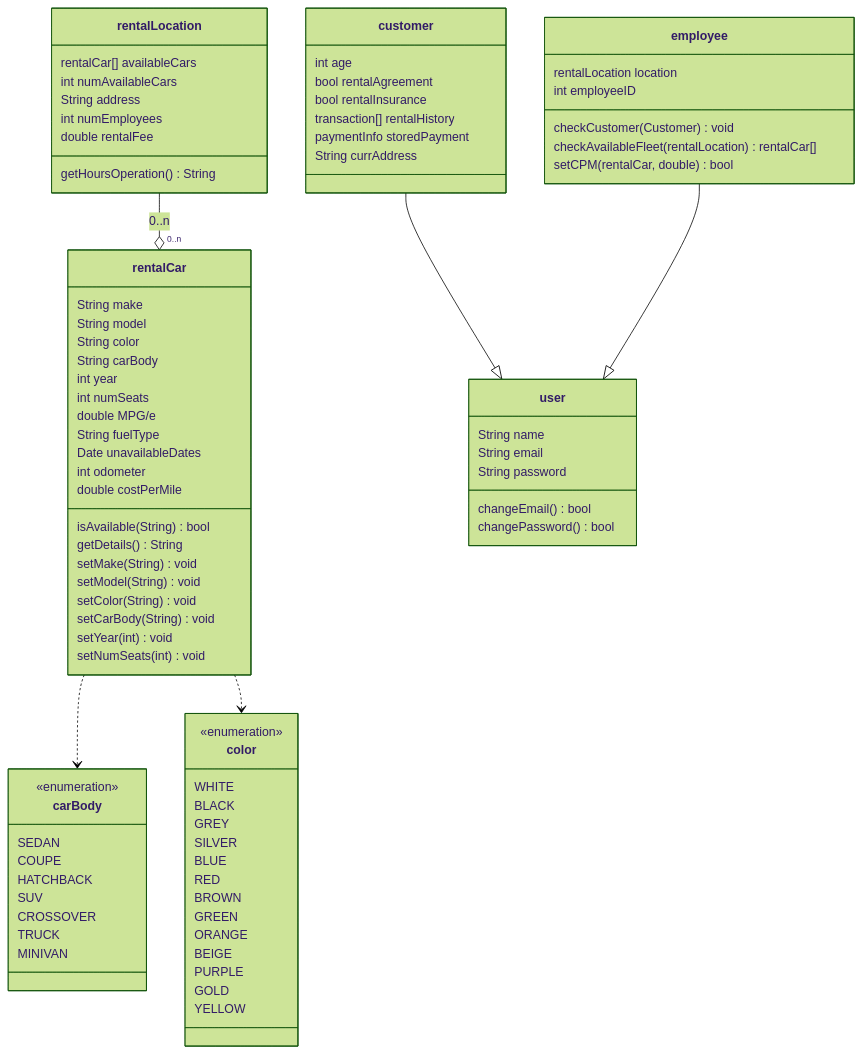
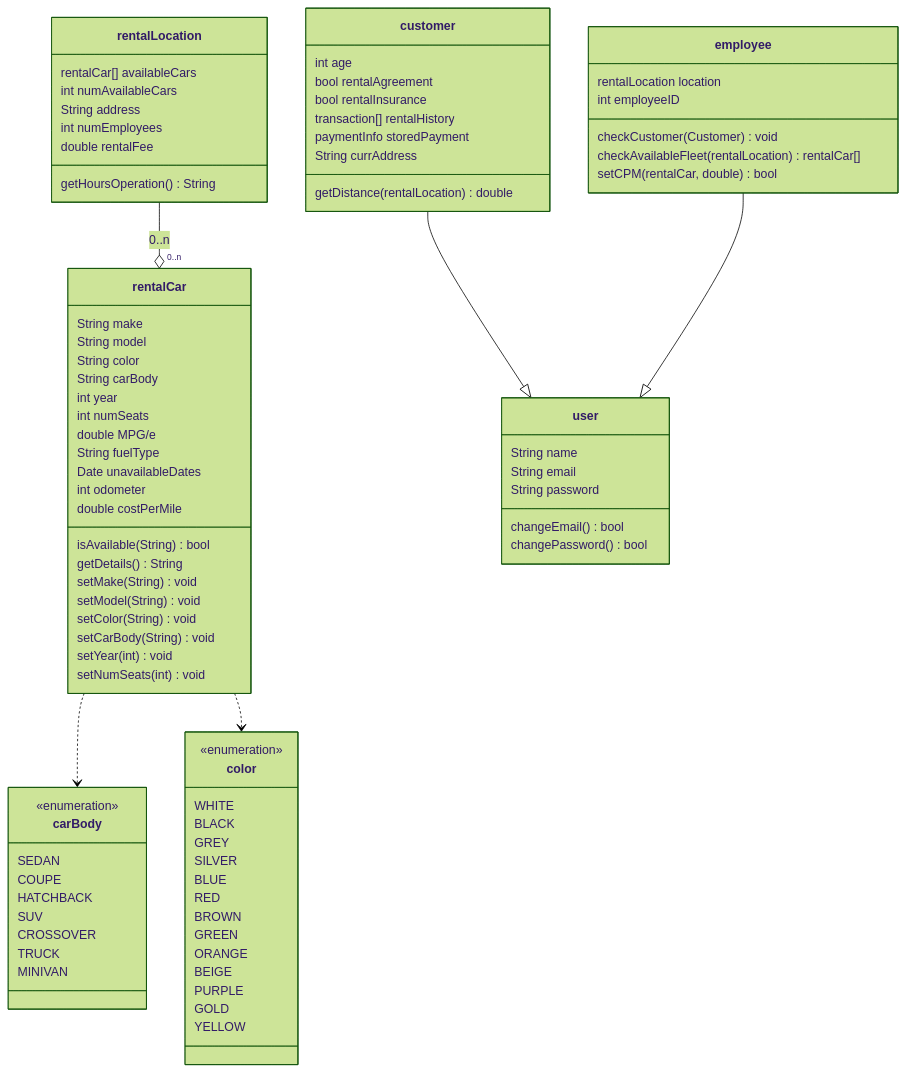
The diagram in UML Car Rental.md (bczuniga/CS250-Sp23-Group13), drawn with Mermaid (forest theme) before and after one commit.

Commit message:
Updated UML Car Rental.md

```diff
--- a/UML Car Rental.md
+++ b/UML Car Rental.md
@@ -26,6 +26,7 @@
         paymentInfo storedPayment
         String currAddress
         
+        getDistance(rentalLocation) double
     }
     
     class employee {
```
